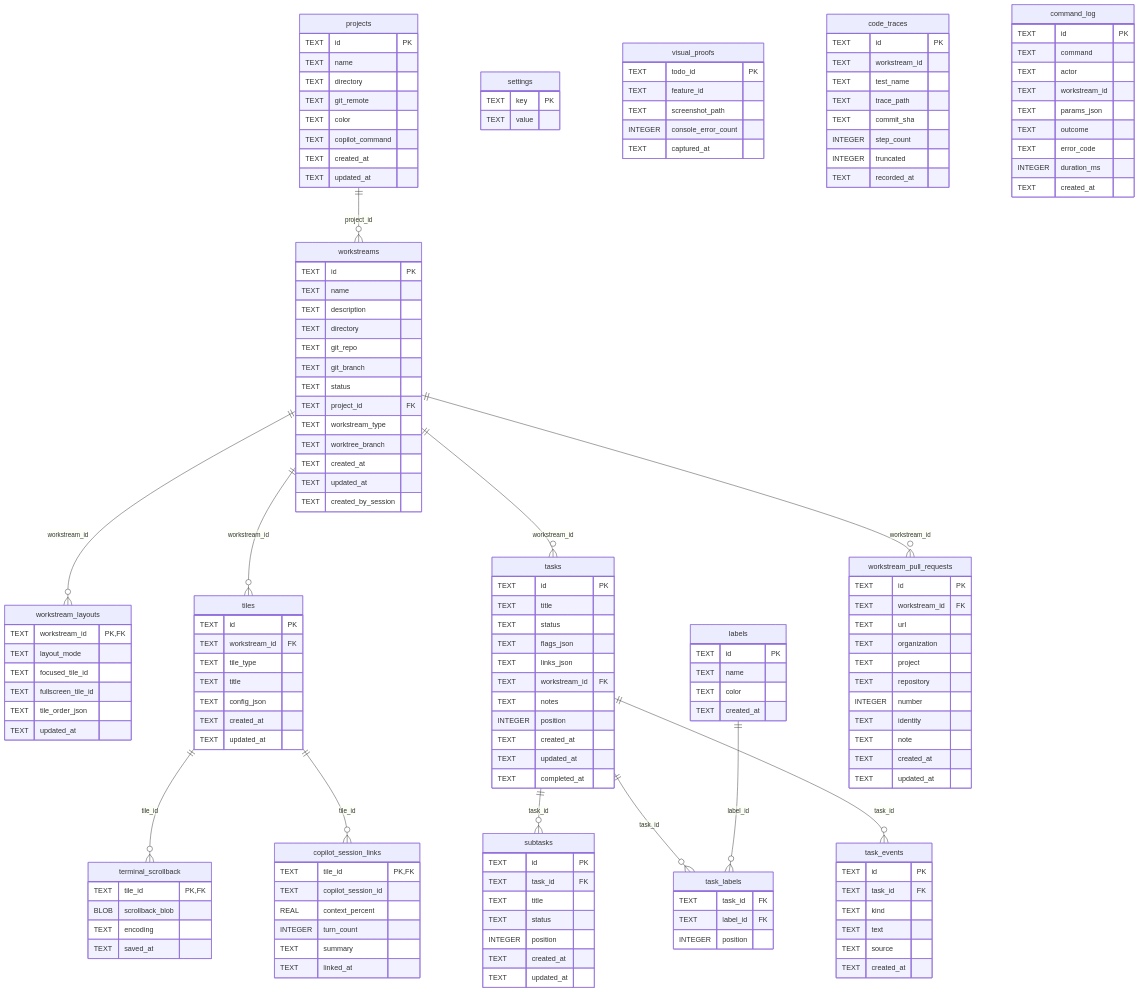
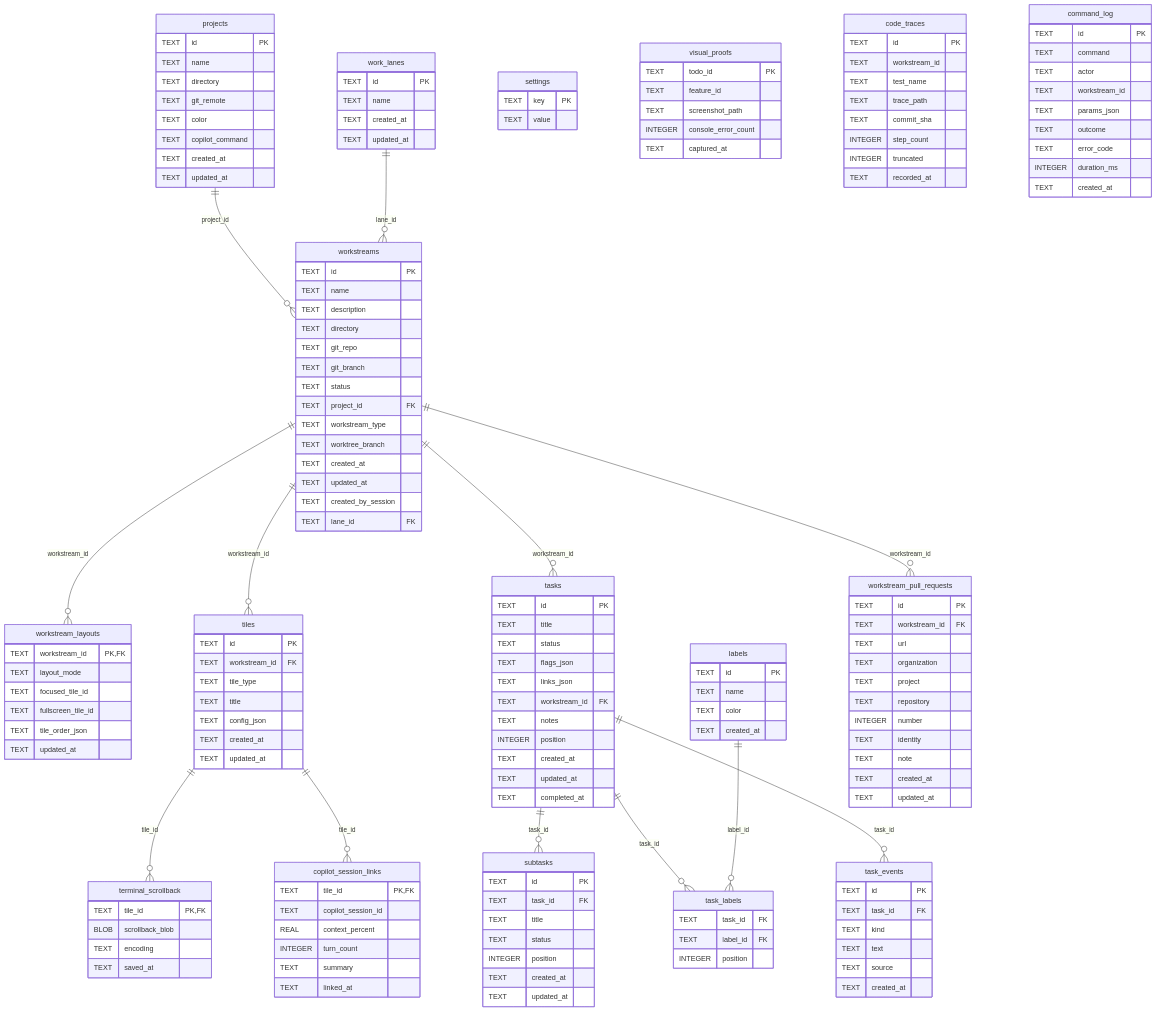
One commit to alejandroechev/workstreams changed the diagram in docs/db-model.md. Above: the diagram before and after it, drawn with Mermaid. The commit also changed other lines of this file and 12 other files, not shown here.

First line of the commit message:
Add work lanes, and remove manual workstream ordering

````diff
--- a/docs/db-model.md
+++ b/docs/db-model.md
@@ -18,6 +18,7 @@
 ```mermaid
 erDiagram
   projects ||--o{ workstreams : "project_id"
+  work_lanes ||--o{ workstreams : "lane_id"
   workstreams ||--o{ workstream_layouts : "workstream_id"
   workstreams ||--o{ tiles : "workstream_id"
   tiles ||--o{ terminal_scrollback : "tile_id"
@@ -52,6 +53,7 @@
     TEXT created_at
     TEXT updated_at
     TEXT created_by_session
+    TEXT lane_id FK
   }
   workstream_layouts {
     TEXT workstream_id PK,FK
@@ -157,6 +159,12 @@
     INTEGER duration_ms
     TEXT created_at
   }
+  work_lanes {
+    TEXT id PK
+    TEXT name
+    TEXT created_at
+    TEXT updated_at
+  }
   workstream_pull_requests {
     TEXT id PK
     TEXT workstream_id FK
````
